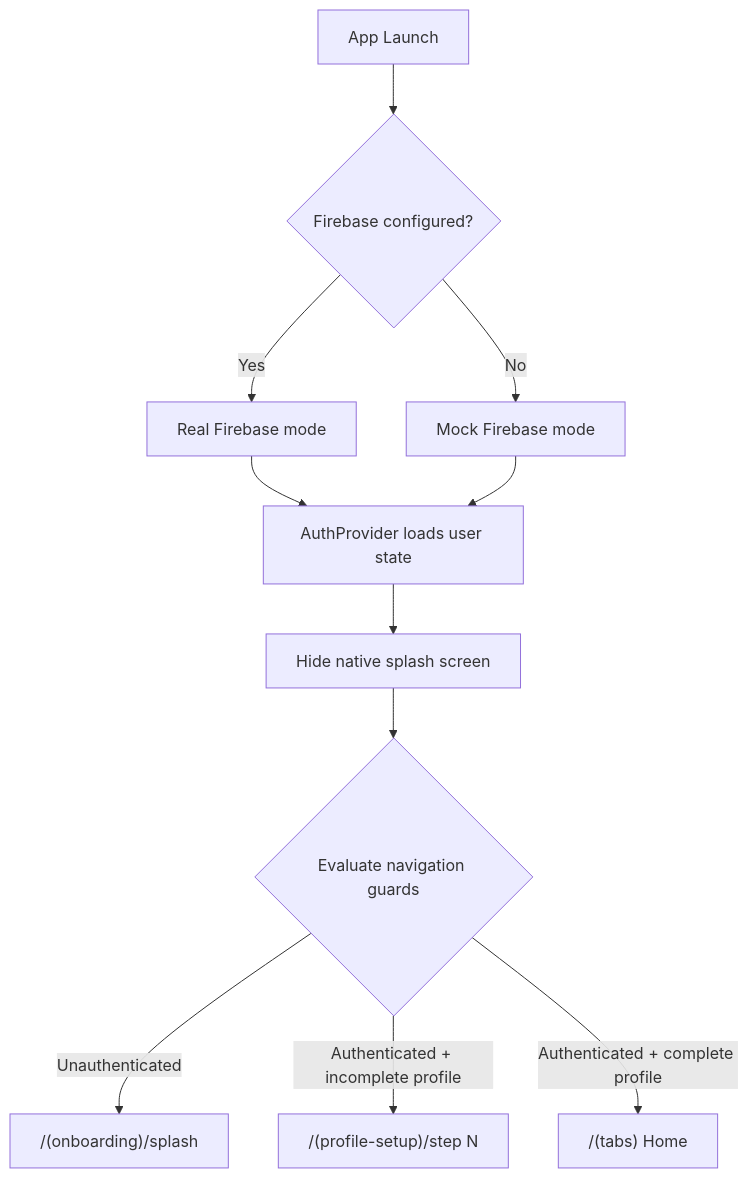
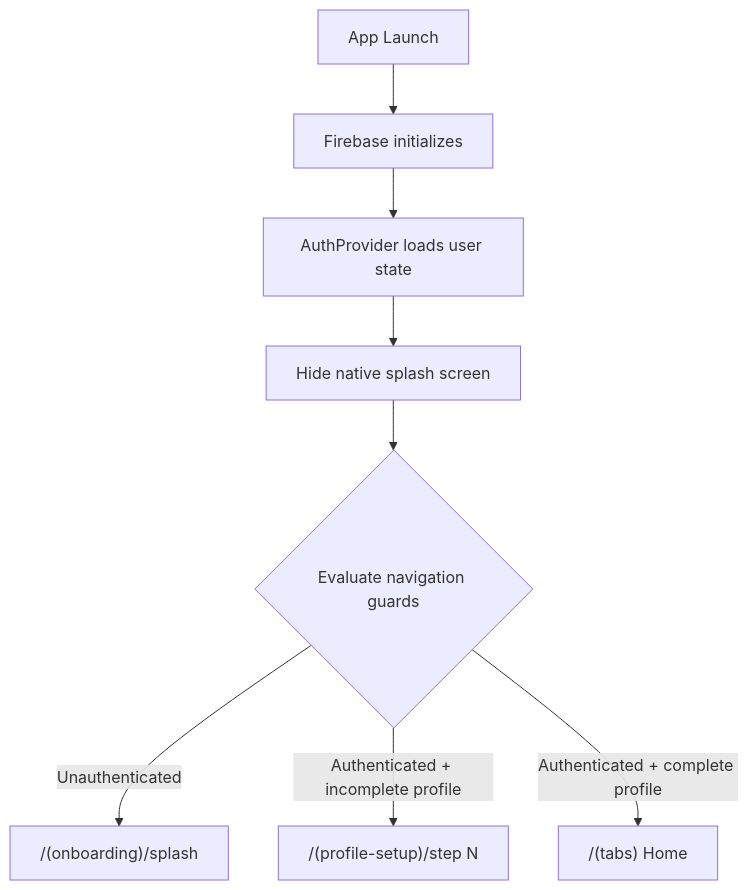
Before and after one commit to FernandoBDAF/RaineApp: the first of 6 diagrams in documents/BUSINESS/2-USER-FLOWS.md, drawn with Mermaid. The commit also changed other lines of this file and 13 other files, not shown here.

````diff
--- a/documents/BUSINESS/2-USER-FLOWS.md
+++ b/documents/BUSINESS/2-USER-FLOWS.md
@@ -53,13 +51,10 @@
 ```mermaid
 graph TD
-    appLaunch["App Launch"] --> firebaseCheck{"Firebase configured?"}
-    firebaseCheck -->|Yes| realMode["Real Firebase mode"]
-    firebaseCheck -->|No| mockMode["Mock Firebase mode"]
-    realMode --> authLoad["AuthProvider loads user state"]
-    mockMode --> authLoad
+    appLaunch["App Launch"] --> firebaseInit["Firebase initializes"]
+    firebaseInit --> authLoad["AuthProvider loads user state"]
     authLoad --> hideSplash["Hide native splash screen"]
     hideSplash --> guardEval{"Evaluate navigation guards"}
     guardEval -->|Unauthenticated| onboarding["/(onboarding)/splash"]
     guardEval -->|"Authenticated + incomplete profile"| profileSetup["/(profile-setup)/step N"]
     guardEval -->|"Authenticated + complete profile"| tabs["/(tabs) Home"]
 ```
````
